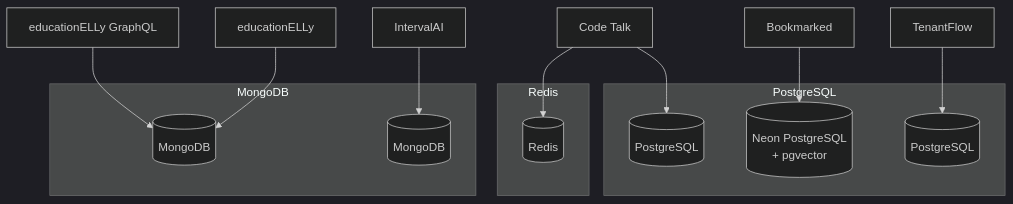
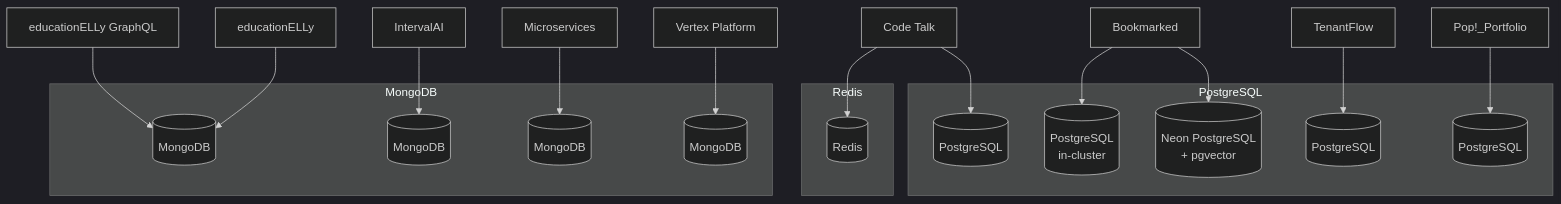
One commit to maxjeffwell/portfolio-gatsby changed the diagram in docs-site/docs/databases/overview.md. Above: the diagram before and after it, drawn with Mermaid (dark theme). The commit also changed other lines of this file and 4 other files, not shown here.

First line of the commit message:
Update docs: backup architecture, Kafka streaming, database coverage, redact B2 details

````diff
--- a/docs-site/docs/databases/overview.md
+++ b/docs-site/docs/databases/overview.md
@@ -12,25 +12,33 @@
 ```mermaid
 graph TB
     subgraph PostgreSQL
         NP[(Neon PostgreSQL<br/>+ pgvector)]
+        BP[(PostgreSQL<br/>in-cluster)]
         LP[(PostgreSQL)]
         TP[(PostgreSQL)]
+        PP[(PostgreSQL)]
     end
 
     subgraph MongoDB
         M1[(MongoDB)]
         M2[(MongoDB)]
+        M3[(MongoDB)]
+        M4[(MongoDB)]
     end
 
     subgraph Redis
         R1[(Redis)]
     end
 
     BK[Bookmarked] --> NP
+    BK --> BP
     CT[Code Talk] --> LP
     CT --> R1
     TF[TenantFlow] --> TP
+    PF[Pop!_Portfolio] --> PP
     ED[educationELLy] --> M1
     EG[educationELLy GraphQL] --> M1
     IA[IntervalAI] --> M2
+    MS[Microservices] --> M3
+    VP[Vertex Platform] --> M4
 ```
````
